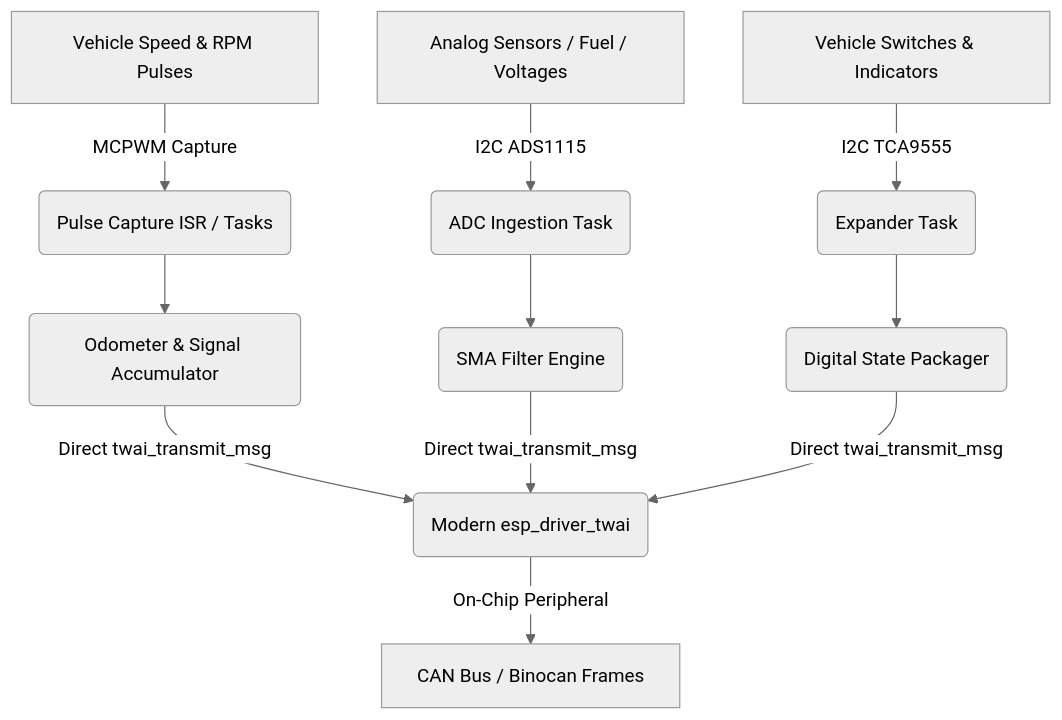
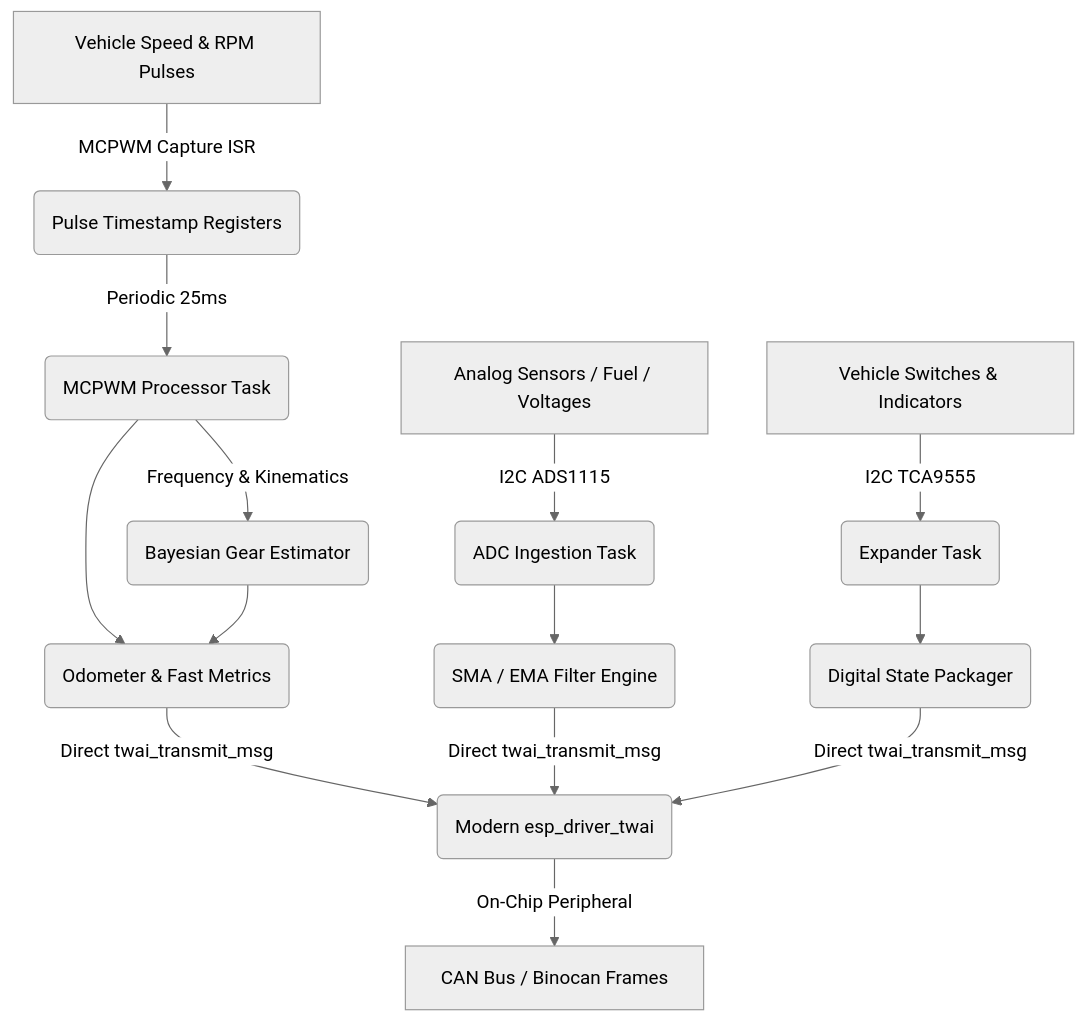
The first of 2 diagrams in interface_board/TOO.MD (martinroger/vx-binocle-espidf), drawn with Mermaid (neutral theme) before and after one commit. The commit also changed other lines of this file and 6 other files, not shown here.

First line of the commit message:
feat(gear-estimator): integrate bayesian gear estimator and mcpwm processor task

````diff
--- a/interface_board/TOO.MD
+++ b/interface_board/TOO.MD
@@ -7,15 +7,18 @@
 ```mermaid
 graph TD
-    A[Vehicle Speed & RPM Pulses] -->|MCPWM Capture| B(Pulse Capture ISR / Tasks)
-    C[Analog Sensors / Fuel / Voltages] -->|I2C ADS1115| D(ADC Ingestion Task)
-    E[Vehicle Switches & Indicators] -->|I2C TCA9555| F(Expander Task)
+    A["Vehicle Speed & RPM Pulses"] -->|MCPWM Capture ISR| B("Pulse Timestamp Registers")
+    B -->|Periodic 25ms| C("MCPWM Processor Task")
+    C -->|Frequency & Kinematics| D("Bayesian Gear Estimator")
+    E["Analog Sensors / Fuel / Voltages"] -->|I2C ADS1115| F("ADC Ingestion Task")
+    G["Vehicle Switches & Indicators"] -->|I2C TCA9555| H("Expander Task")
     
-    B --> G(Odometer & Signal Accumulator)
-    D --> H(SMA Filter Engine)
-    F --> I(Digital State Packager)
+    C --> I("Odometer & Fast Metrics")
+    D --> I
+    F --> J("SMA / EMA Filter Engine")
+    H --> K("Digital State Packager")
     
-    G -->|Direct twai_transmit_msg| J(Modern esp_driver_twai)
-    H -->|Direct twai_transmit_msg| J
-    I -->|Direct twai_transmit_msg| J
-    J -->|On-Chip Peripheral| K[CAN Bus / Binocan Frames]
+    I -->|Direct twai_transmit_msg| L("Modern esp_driver_twai")
+    J -->|Direct twai_transmit_msg| L
+    K -->|Direct twai_transmit_msg| L
+    L -->|On-Chip Peripheral| M["CAN Bus / Binocan Frames"]
 ```
````
